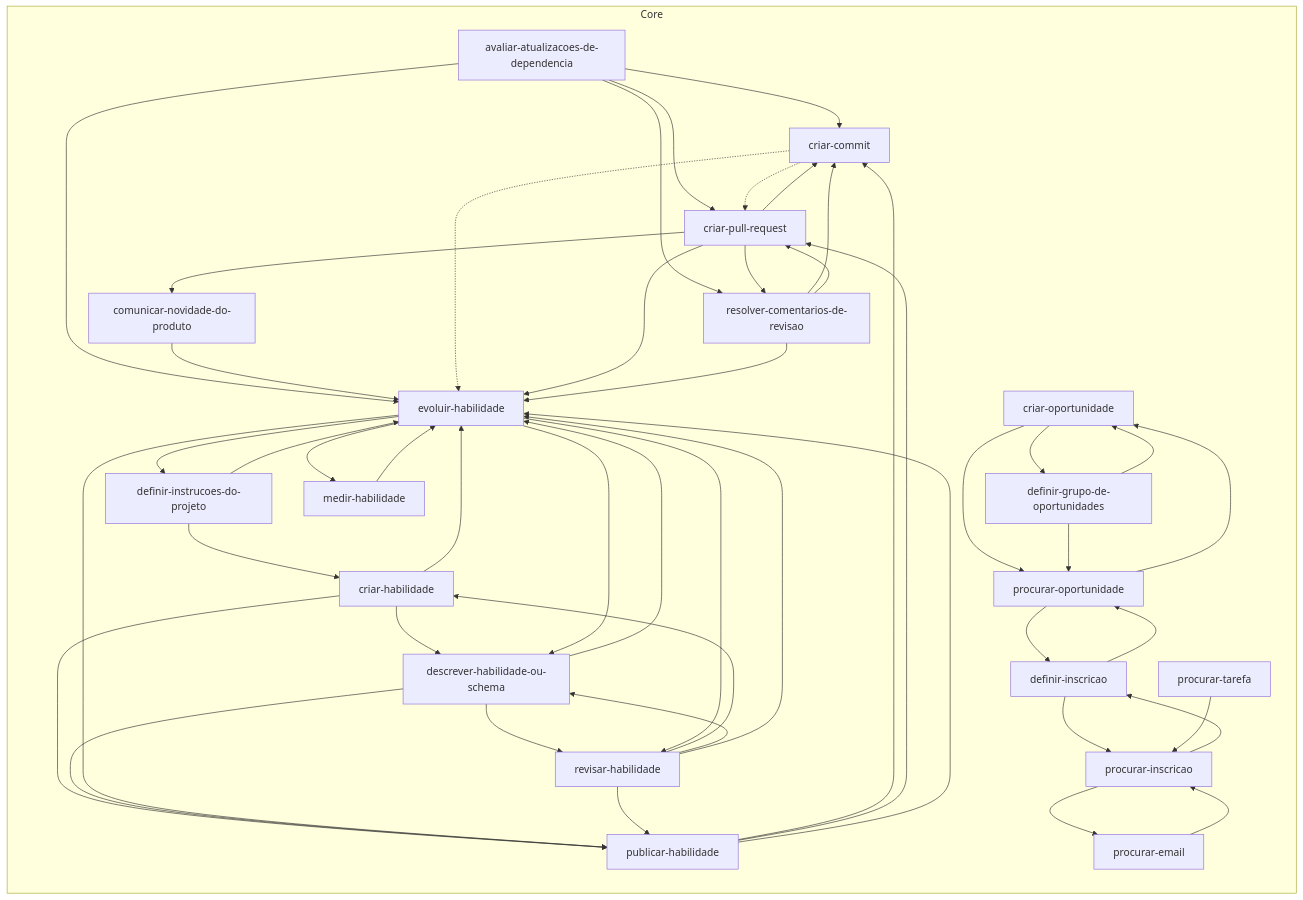
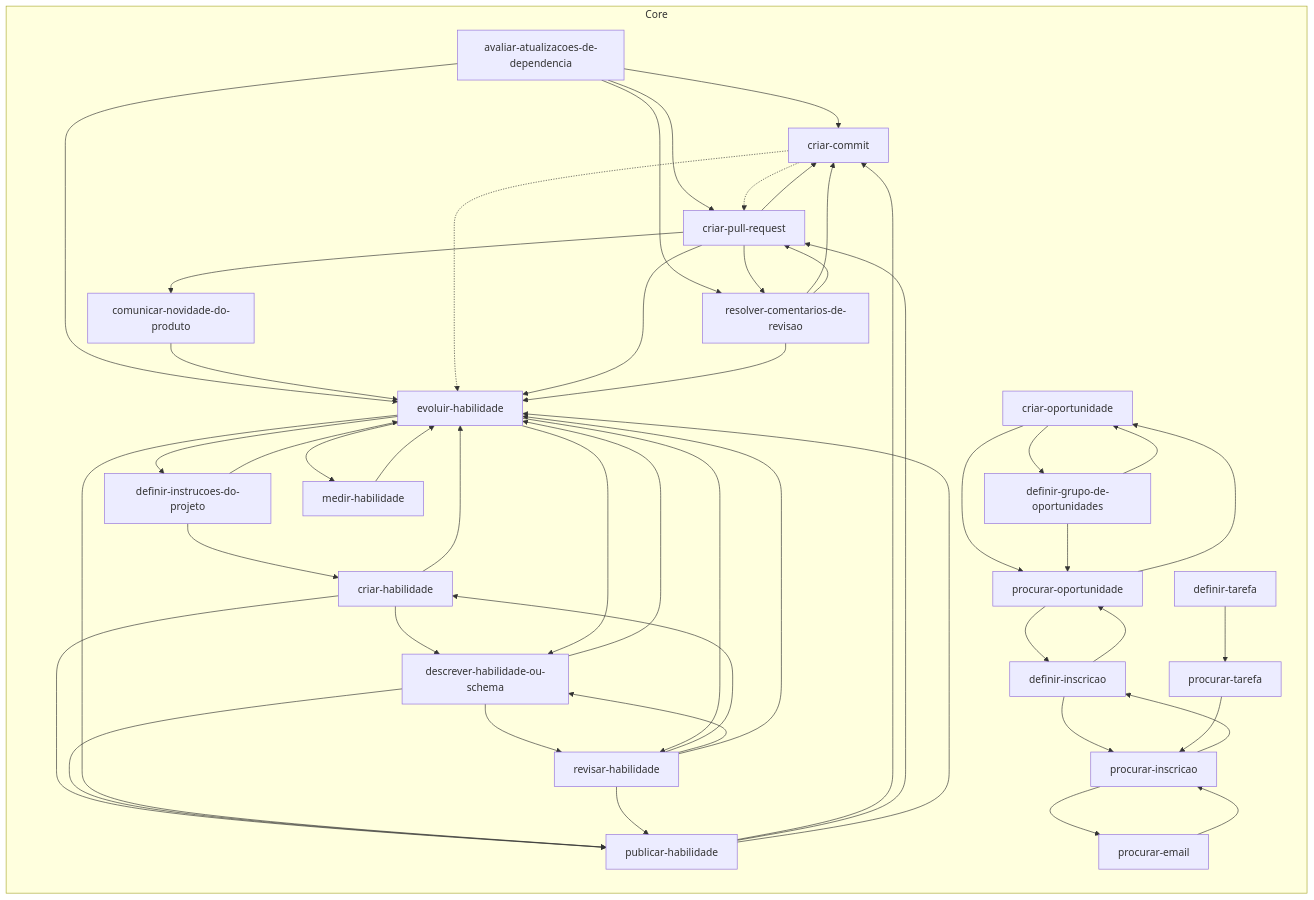
The diagram in .agents/skills/README.md (jimmyandrade/harness), drawn with Mermaid before and after one commit. The commit also changed 5 other files, not shown here.

First line of the commit message:
feat(definir-tarefa): move the skill to the core

````diff
--- a/.agents/skills/README.md
+++ b/.agents/skills/README.md
@@ -11,71 +11,73 @@
 ```mermaid
 flowchart LR
   subgraph core["Core"]
     avaliar_atualizacoes_de_dependencia["avaliar-atualizacoes-de-dependencia"]
     comunicar_novidade_do_produto["comunicar-novidade-do-produto"]
     criar_commit["criar-commit"]
     criar_habilidade["criar-habilidade"]
     criar_oportunidade["criar-oportunidade"]
     criar_pull_request["criar-pull-request"]
     definir_grupo_de_oportunidades["definir-grupo-de-oportunidades"]
     definir_inscricao["definir-inscricao"]
     definir_instrucoes_do_projeto["definir-instrucoes-do-projeto"]
+    definir_tarefa["definir-tarefa"]
     descrever_habilidade_ou_schema["descrever-habilidade-ou-schema"]
     evoluir_habilidade["evoluir-habilidade"]
     medir_habilidade["medir-habilidade"]
     procurar_email["procurar-email"]
     procurar_inscricao["procurar-inscricao"]
     procurar_oportunidade["procurar-oportunidade"]
     procurar_tarefa["procurar-tarefa"]
     publicar_habilidade["publicar-habilidade"]
     resolver_comentarios_de_revisao["resolver-comentarios-de-revisao"]
     revisar_habilidade["revisar-habilidade"]
   end
   avaliar_atualizacoes_de_dependencia --> criar_commit
   avaliar_atualizacoes_de_dependencia --> criar_pull_request
   avaliar_atualizacoes_de_dependencia --> evoluir_habilidade
   avaliar_atualizacoes_de_dependencia --> resolver_comentarios_de_revisao
   comunicar_novidade_do_produto --> evoluir_habilidade
   criar_commit -.-> criar_pull_request
   criar_commit -.-> evoluir_habilidade
   criar_habilidade --> descrever_habilidade_ou_schema
   criar_habilidade --> evoluir_habilidade
   criar_habilidade --> publicar_habilidade
   criar_oportunidade --> definir_grupo_de_oportunidades
   criar_oportunidade --> procurar_oportunidade
   criar_pull_request --> comunicar_novidade_do_produto
   criar_pull_request --> criar_commit
   criar_pull_request --> evoluir_habilidade
   criar_pull_request --> resolver_comentarios_de_revisao
   definir_grupo_de_oportunidades --> criar_oportunidade
   definir_grupo_de_oportunidades --> procurar_oportunidade
   definir_inscricao --> procurar_inscricao
   definir_inscricao --> procurar_oportunidade
   definir_instrucoes_do_projeto --> criar_habilidade
   definir_instrucoes_do_projeto --> evoluir_habilidade
+  definir_tarefa --> procurar_tarefa
   descrever_habilidade_ou_schema --> evoluir_habilidade
   descrever_habilidade_ou_schema --> publicar_habilidade
   descrever_habilidade_ou_schema --> revisar_habilidade
   evoluir_habilidade --> definir_instrucoes_do_projeto
   evoluir_habilidade --> descrever_habilidade_ou_schema
   evoluir_habilidade --> medir_habilidade
   evoluir_habilidade --> publicar_habilidade
   evoluir_habilidade --> revisar_habilidade
   medir_habilidade --> evoluir_habilidade
   procurar_email --> procurar_inscricao
   procurar_inscricao --> definir_inscricao
   procurar_inscricao --> procurar_email
   procurar_oportunidade --> criar_oportunidade
   procurar_oportunidade --> definir_inscricao
   procurar_tarefa --> procurar_inscricao
   publicar_habilidade --> criar_commit
   publicar_habilidade --> criar_pull_request
   publicar_habilidade --> evoluir_habilidade
   resolver_comentarios_de_revisao --> criar_commit
   resolver_comentarios_de_revisao --> criar_pull_request
   resolver_comentarios_de_revisao --> evoluir_habilidade
   revisar_habilidade --> criar_habilidade
   revisar_habilidade --> descrever_habilidade_ou_schema
   revisar_habilidade --> evoluir_habilidade
   revisar_habilidade --> publicar_habilidade
 ```
````
